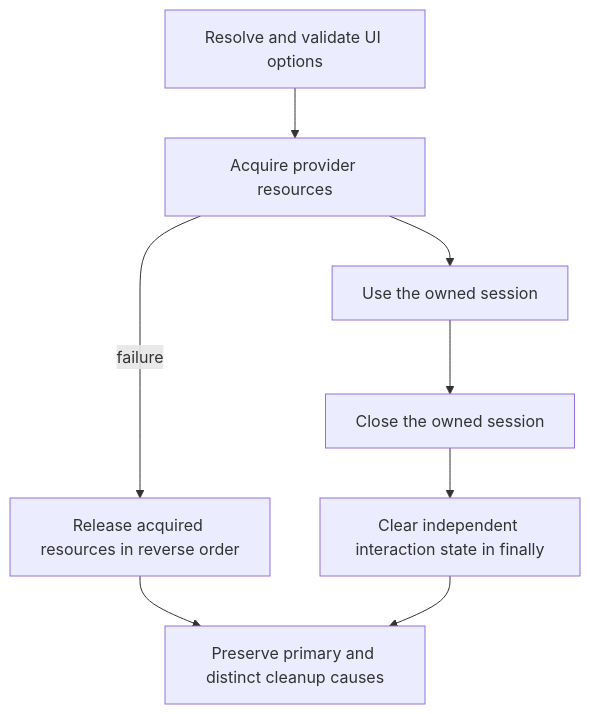
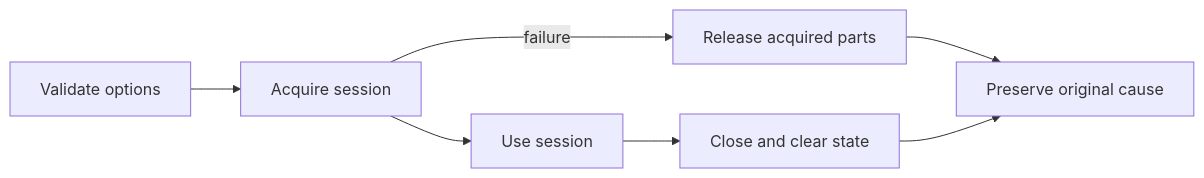
The diagram in atf-core/README.md (crististefanita/ATF_AI), drawn with Mermaid before and after one commit. The commit also changed other lines of this file and 111 other files, not shown here.

````diff
--- a/atf-core/README.md
+++ b/atf-core/README.md
@@ -67,10 +67,9 @@
 ```mermaid
-flowchart TB
-    Config["Resolve and validate UI options"] --> Acquire["Acquire provider resources"]
-    Acquire --> Ready["Use the owned session"]
-    Acquire -->|failure| Rollback["Release acquired resources in reverse order"]
-    Ready --> Close["Close the owned session"]
-    Close --> Clear["Clear independent interaction state in finally"]
-    Rollback --> Cause["Preserve primary and distinct cleanup causes"]
-    Clear --> Cause
+flowchart LR
+    Config["Validate options"] --> Acquire["Acquire session"]
+    Acquire --> Ready["Use session"]
+    Acquire -->|failure| Rollback["Release acquired parts"]
+    Ready --> Close["Close and clear state"]
+    Rollback --> Cause["Preserve original cause"]
+    Close --> Cause
 ```
````
